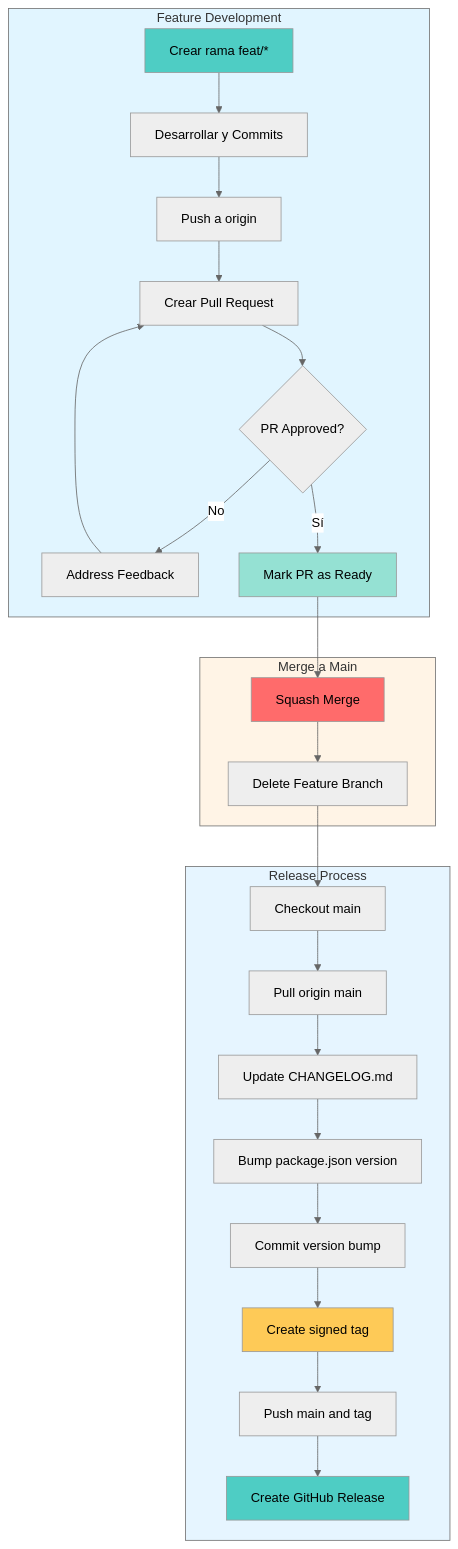
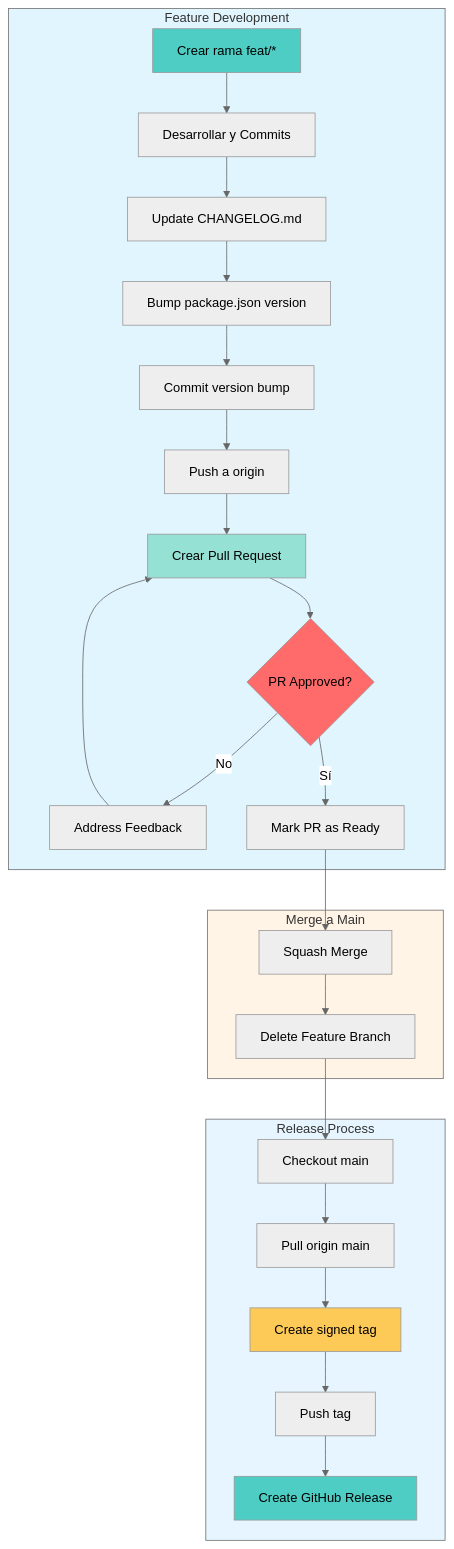
Before and after one commit to nesxtep-software/Vektra: the first of 3 diagrams in docs/manuals/development-workflow.md, drawn with Mermaid (neutral theme). The commit also changed other lines of this file and 1 other file, not shown here.

Commit message:
docs: fix release workflow to respect main branch protection
- Move CHANGELOG.md and version bump to feature branch
- Update development-workflow.md diagram to show pre-merge prep
- Update release-workflow.md diagram to show feature branch prep
- Add explicit note about main branch protection rules
- Reorder release steps to correct sequence:
  1. Update CHANGELOG.md (on feature branch)
  2. Bump version (on feature branch)
  3. Commit version bump (on feature branch)
  4. Push feature branch
  5. Validate PR approval
  6. Mark PR as ready
  7. Squash merge
  8. Checkout main and pull
  9. Create signed tag
  10. Publish GitHub release
- Updated checklist to match 10-step process

````diff
--- a/docs/manuals/development-workflow.md
+++ b/docs/manuals/development-workflow.md
@@ -22,37 +24,37 @@
 ```mermaid
 flowchart TD
     subgraph Feature["Feature Development"]
         A[Crear rama feat/*] --> B[Desarrollar y Commits]
-        B --> C[Push a origin]
-        C --> D[Crear Pull Request]
-        D --> E{PR Approved?}
-        E -->|No| F[Address Feedback]
-        F --> D
-        E -->|Sí| G[Mark PR as Ready]
+        B --> C[Update CHANGELOG.md]
+        C --> D[Bump package.json version]
+        D --> E[Commit version bump]
+        E --> F[Push a origin]
+        F --> G[Crear Pull Request]
+        G --> H{PR Approved?}
+        H -->|No| I[Address Feedback]
+        I --> G
+        H -->|Sí| J[Mark PR as Ready]
     end
     
     subgraph Merge["Merge a Main"]
-        G --> H[Squash Merge]
-        H --> I[Delete Feature Branch]
+        J --> K[Squash Merge]
+        K --> L[Delete Feature Branch]
     end
     
     subgraph Release["Release Process"]
-        I --> J[Checkout main]
-        J --> K[Pull origin main]
-        K --> L[Update CHANGELOG.md]
-        L --> M[Bump package.json version]
-        M --> N[Commit version bump]
+        L --> M[Checkout main]
+        M --> N[Pull origin main]
         N --> O[Create signed tag]
-        O --> P[Push main and tag]
+        O --> P[Push tag]
         P --> Q[Create GitHub Release]
     end
     
     style Feature fill:#e1f5ff
     style Merge fill:#fff4e6
     style Release fill:#e6f5ff
     style A fill:#4ecdc4
     style G fill:#95e1d3
     style H fill:#ff6b6b
     style O fill:#feca57
     style Q fill:#4ecdc4
 ```
````
